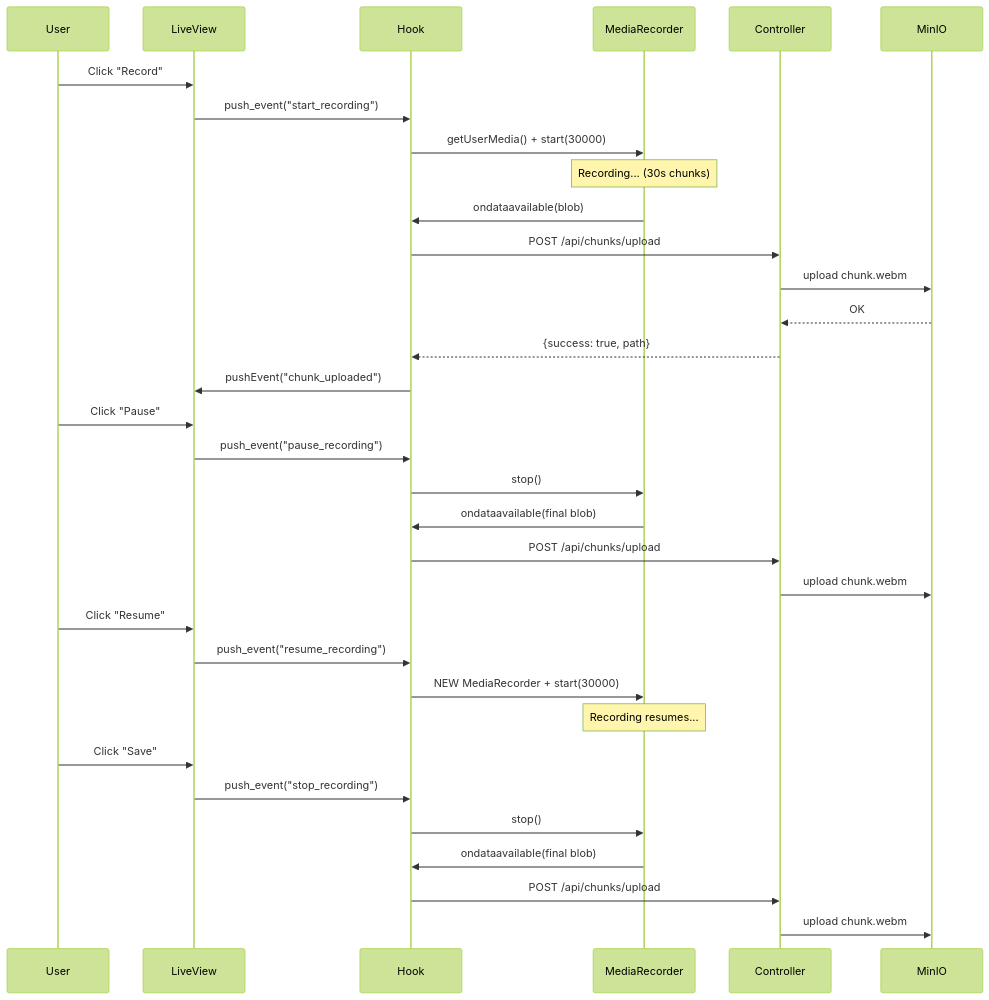
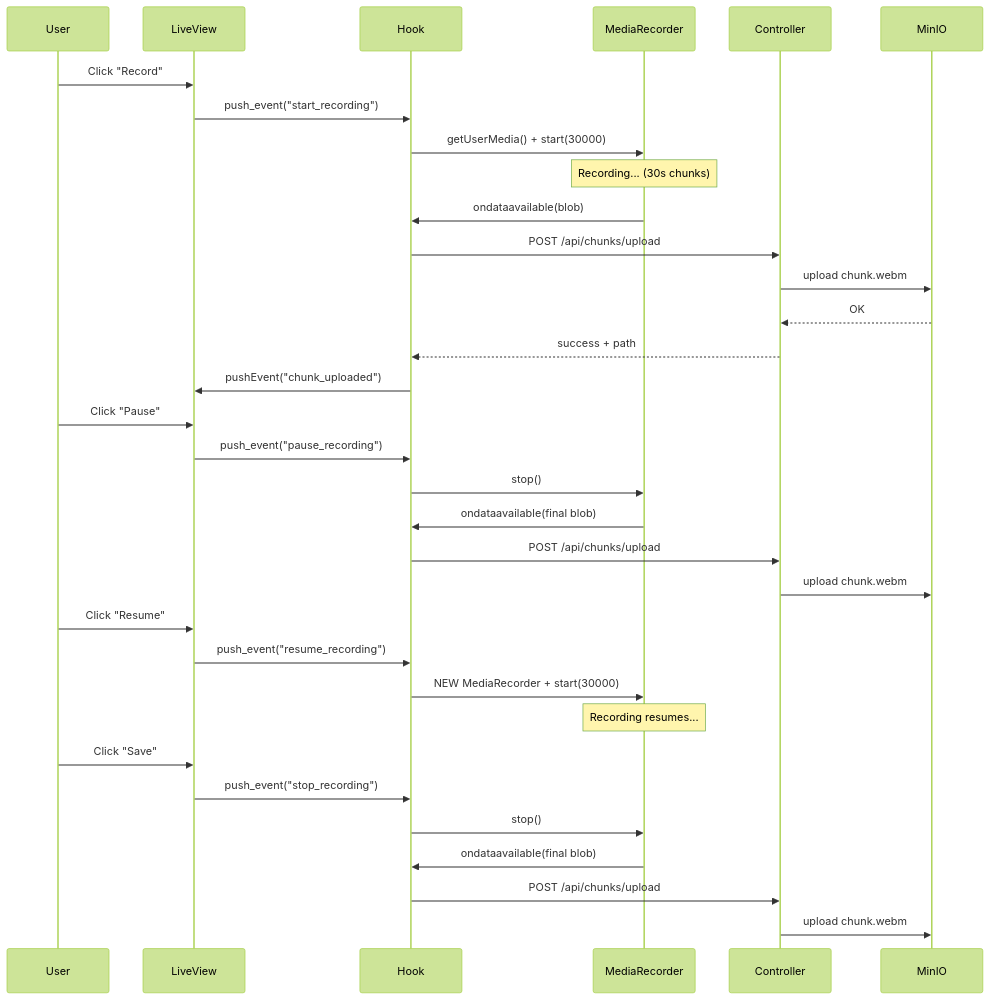
One commit to rodesousa/roda changed the second of 2 diagrams in docs/architecure/audio_recording.md. Above: the diagram before and after it, drawn with Mermaid (forest theme). The commit also changed other lines of this file and 1 other file, not shown here.

Commit message:
docs: add technical doc in readme

````diff
--- a/docs/architecure/audio_recording.md
+++ b/docs/architecure/audio_recording.md
@@ -38,42 +38,42 @@
 ```mermaid
 sequenceDiagram
     participant User
     participant LiveView
     participant Hook
     participant MediaRecorder
     participant Controller
     participant MinIO
 
     User->>LiveView: Click "Record"
     LiveView->>Hook: push_event("start_recording")
     Hook->>MediaRecorder: getUserMedia() + start(30000)
 
     Note over MediaRecorder: Recording... (30s chunks)
 
     MediaRecorder->>Hook: ondataavailable(blob)
     Hook->>Controller: POST /api/chunks/upload
     Controller->>MinIO: upload chunk.webm
     MinIO-->>Controller: OK
-    Controller-->>Hook: {success: true, path}
+    Controller-->>Hook: success + path
     Hook->>LiveView: pushEvent("chunk_uploaded")
 
     User->>LiveView: Click "Pause"
     LiveView->>Hook: push_event("pause_recording")
     Hook->>MediaRecorder: stop()
     MediaRecorder->>Hook: ondataavailable(final blob)
     Hook->>Controller: POST /api/chunks/upload
     Controller->>MinIO: upload chunk.webm
 
     User->>LiveView: Click "Resume"
     LiveView->>Hook: push_event("resume_recording")
     Hook->>MediaRecorder: NEW MediaRecorder + start(30000)
 
     Note over MediaRecorder: Recording resumes...
 
     User->>LiveView: Click "Save"
     LiveView->>Hook: push_event("stop_recording")
     Hook->>MediaRecorder: stop()
     MediaRecorder->>Hook: ondataavailable(final blob)
     Hook->>Controller: POST /api/chunks/upload
     Controller->>MinIO: upload chunk.webm
 ```
````
